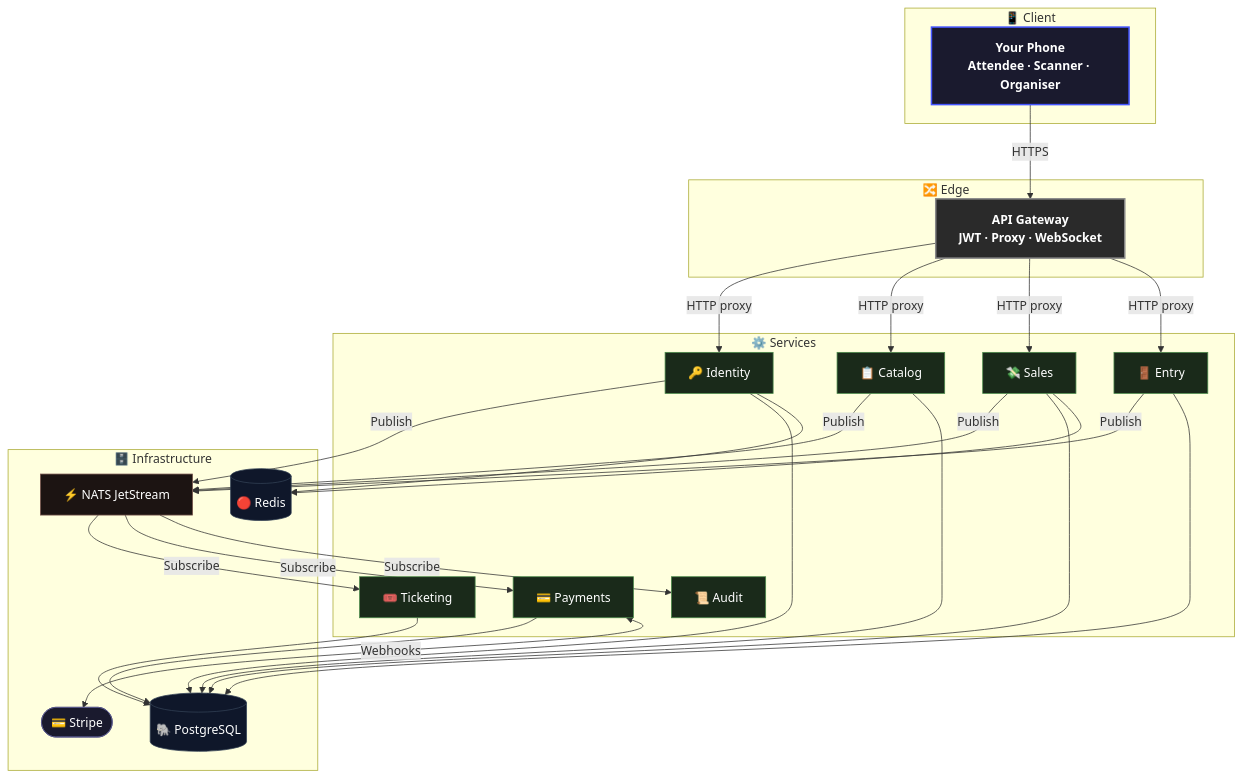
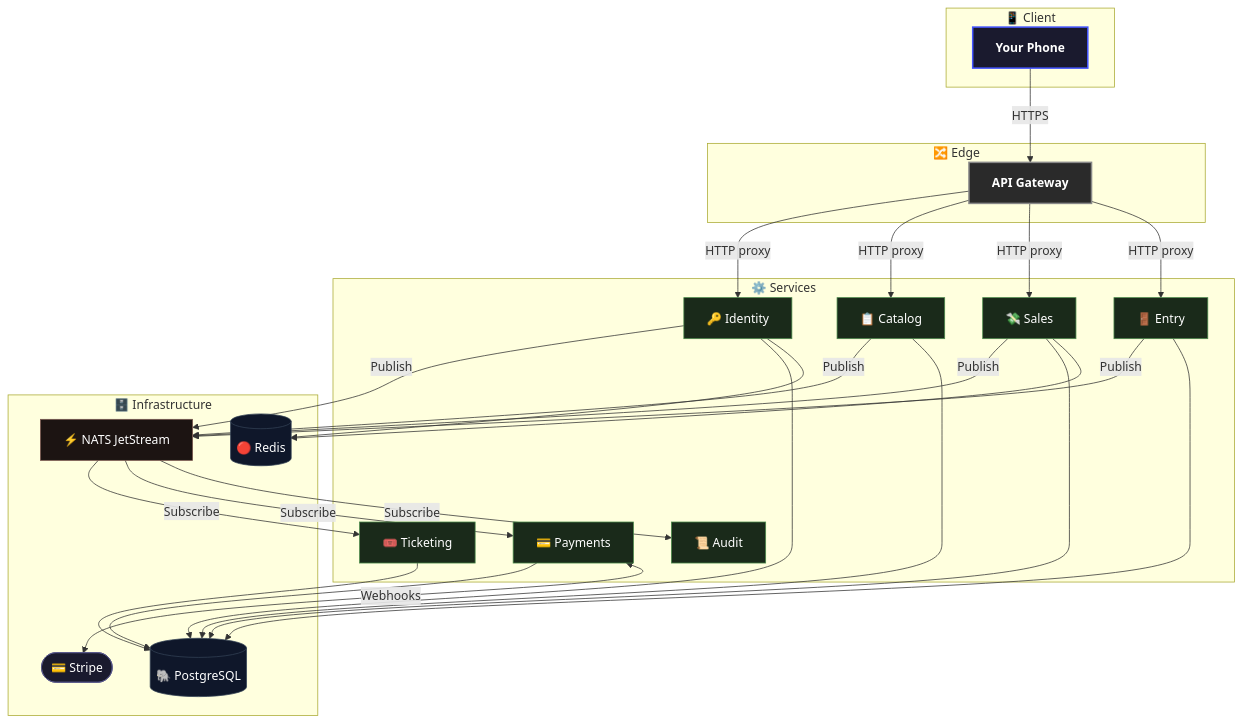
Before and after one commit to cristiangilsanz/qrew: the diagram in README.md, drawn with Mermaid.

Commit message:
docs: remove subtitles from Phone and Gateway nodes in README diagram

````diff
--- a/README.md
+++ b/README.md
@@ -29,44 +29,44 @@
 ```mermaid
 flowchart TB
     subgraph "📱 Client"
-        phone["Your Phone\nAttendee · Scanner · Organiser"]:::app
+        phone["Your Phone"]:::app
     end
 
     subgraph "🔀 Edge"
-        gw["API Gateway\nJWT · Proxy · WebSocket"]:::edge
+        gw["API Gateway"]:::edge
     end
 
     subgraph "⚙️ Services"
         identity["🔑 Identity"]:::svc
         catalog["📋 Catalog"]:::svc
         sales["💸 Sales"]:::svc
         ticketing["🎟️ Ticketing"]:::svc
         payments["💳 Payments"]:::svc
         entry["🚪 Entry"]:::svc
         audit["📜 Audit"]:::svc
     end
 
     subgraph "🗄️ Infrastructure"
         pg[("🐘 PostgreSQL")]:::db
         redis[("🔴 Redis")]:::db
         nats["⚡ NATS JetStream"]:::bus
         stripe(["💳 Stripe"]):::ext
     end
 
     phone -->|"HTTPS"| gw
     gw    -->|"HTTP proxy"| identity & catalog & sales & entry
 
     identity & catalog & sales & entry -->|"Publish"| nats
     nats -->|"Subscribe"| ticketing & payments & audit
 
     identity & catalog & sales & ticketing & payments & entry --> pg
     identity & sales --> redis
     payments <-->|"Webhooks"| stripe
 
     classDef app  fill:#1a1a2e,color:#fff,stroke:#4455ff,stroke-width:2px,font-weight:bold
     classDef edge fill:#2a2a2a,color:#fff,stroke:#888,stroke-width:2px,font-weight:bold
     classDef svc  fill:#1a2a1a,color:#fff,stroke:#4a8a4a,stroke-width:1px
     classDef db   fill:#0f172a,color:#fff,stroke:#334155,stroke-width:1px
     classDef bus  fill:#1c1412,color:#fff,stroke:#78564e,stroke-width:1px
     classDef ext  fill:#1a1a2e,color:#fff,stroke:#555588,stroke-width:1px
 ```
````
